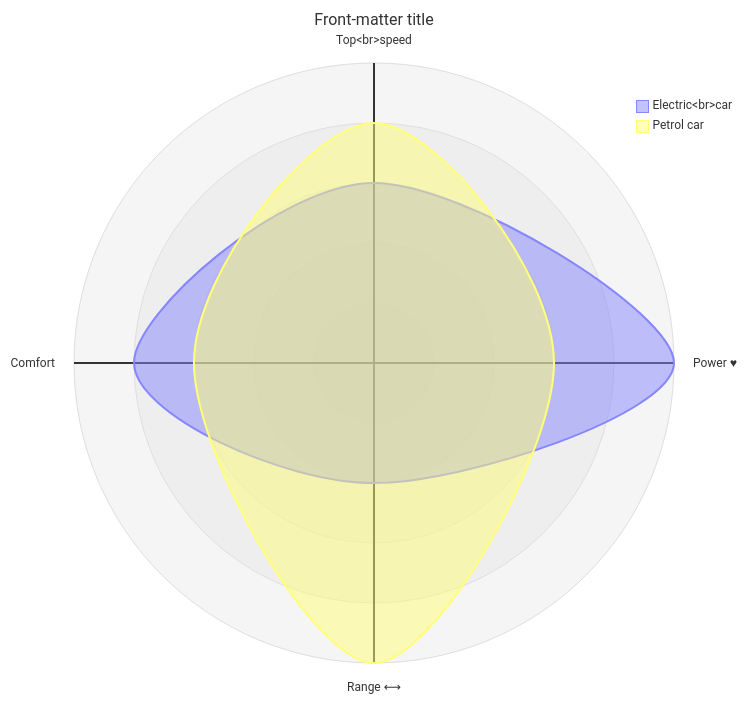
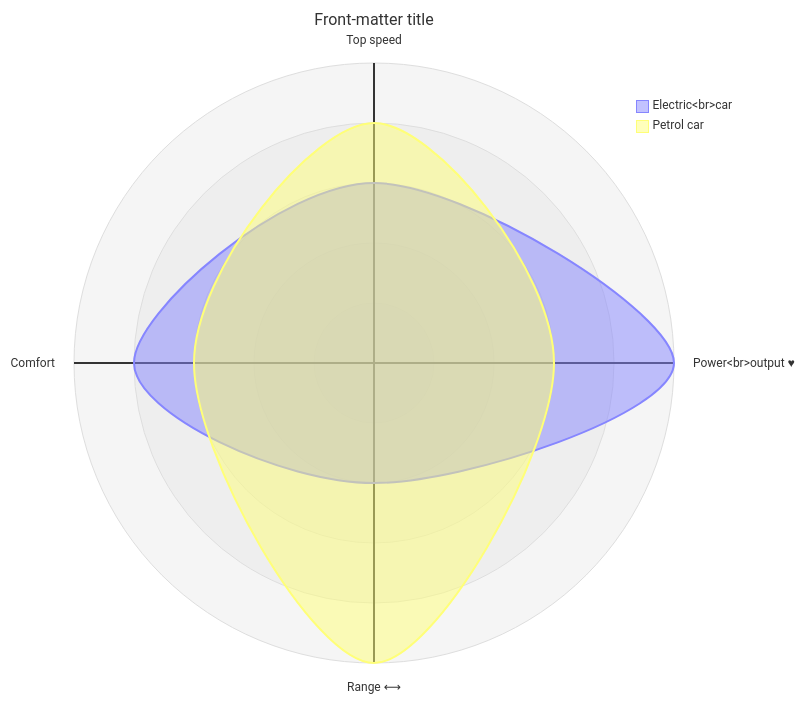
The diagram in e2e/diagrams/radar/baseline/text/labels.mmd (mermaid-js/mermaid-v13), drawn with Mermaid before and after one commit. The commit also changed 5 other files, not shown here.

```diff
--- a/e2e/diagrams/radar/baseline/text/labels.mmd
+++ b/e2e/diagrams/radar/baseline/text/labels.mmd
@@ -1,11 +1,11 @@
 ---
 title: Front-matter title
 description: >-
   a front-matter title (D218), axis and legend labels with a line break, an entity and unicode
   (D355), detailed entries in any order
 ---
 radar-beta
-  axis speed["Top<br>speed"], power["Power #9829;"], range["Range ⟷"], comfort["Comfort"]
+  axis speed["Top speed"], power["Power<br>output #9829;"], range["Range ⟷"], comfort["Comfort"]
   curve ev["Electric<br>car"]{ comfort: 4, range: 2, speed: 3, power: 5 }
   curve ice["Petrol car"]{ speed: 4, power: 3, range: 5, comfort: 3 }
   max 5
```
